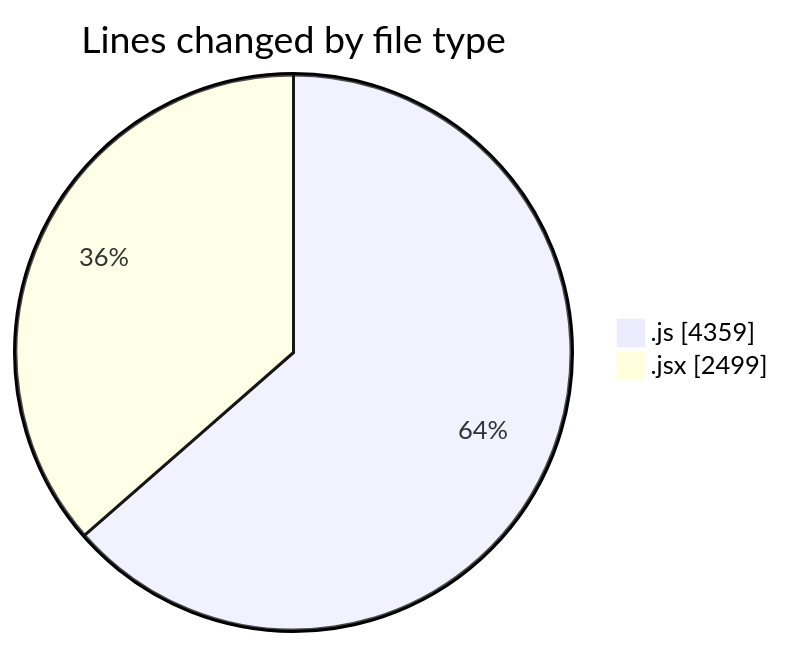
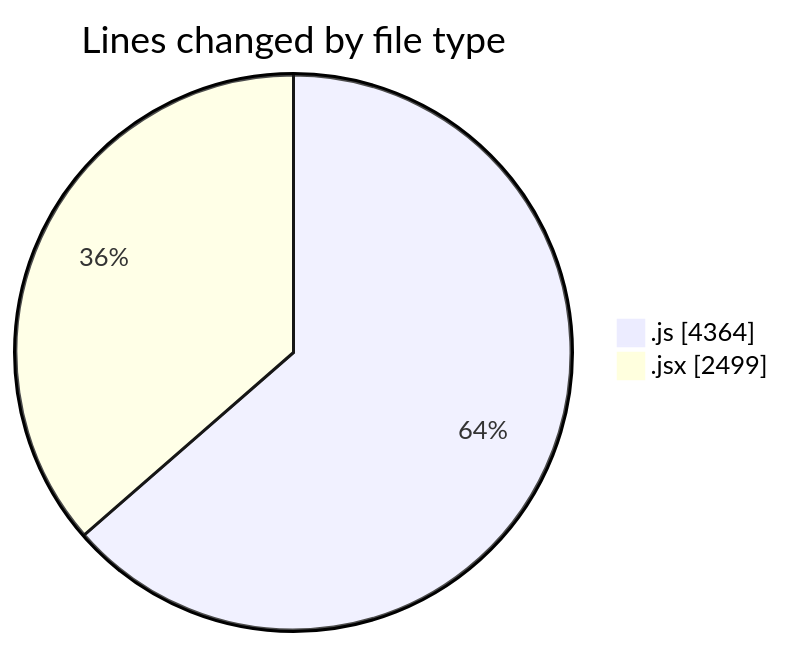
The first of 2 diagrams in 2025-08-13/nxtqube_webapp/README.md (nxtqubesakshisongat/code-tracking), drawn with Mermaid before and after one commit. The commit also changed other lines of this file and 1 other file, not shown here.

````diff
--- a/2025-08-13/nxtqube_webapp/README.md
+++ b/2025-08-13/nxtqube_webapp/README.md
@@ -25,6 +25,6 @@
 ```mermaid
 pie showData
 title Lines changed by file type
-".js" : 4359
+".js" : 4364
 ".jsx" : 2499
 ```
````
